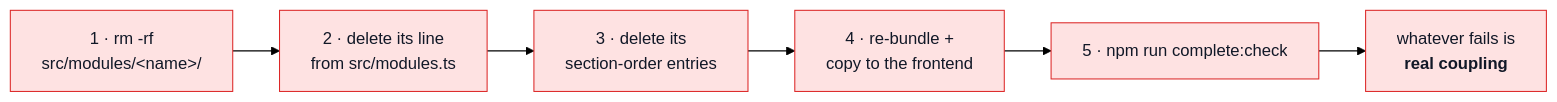
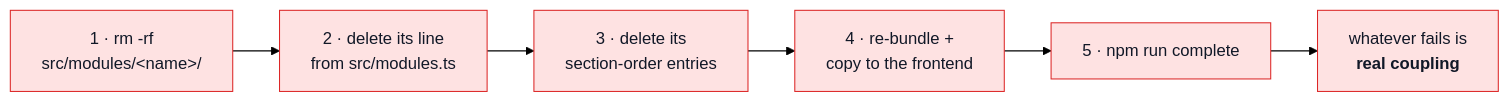
Before and after one commit to Guebbit/boilerplate-node-backend: the second of 4 diagrams in docs/theory/module-lifecycle.md, drawn with Mermaid (forest theme). The commit also changed other lines of this file and 27 other files, not shown here.

````diff
--- a/docs/theory/module-lifecycle.md
+++ b/docs/theory/module-lifecycle.md
@@ -187,11 +187,11 @@
 ```mermaid
 %%{init: {'flowchart': {'nodeSpacing': 40, 'rankSpacing': 45}}}%%
 flowchart LR
     A["1 · rm -rf<br/>src/modules/&lt;name&gt;/"] --> B["2 · delete its line<br/>from src/modules.ts"]
     B --> C["3 · delete its<br/>section-order entries"]
     C --> D["4 · re-bundle +<br/>copy to the frontend"]
-    D --> E["5 · npm run complete:check"]
+    D --> E["5 · npm run complete"]
     E --> F["whatever fails is<br/><b>real coupling</b>"]
     classDef s fill:#fee2e2,stroke:#dc2626,color:#111827;
     class A,B,C,D,E,F s;
 ```
````
